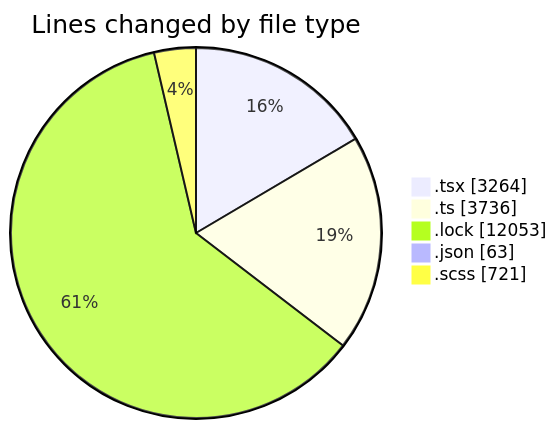
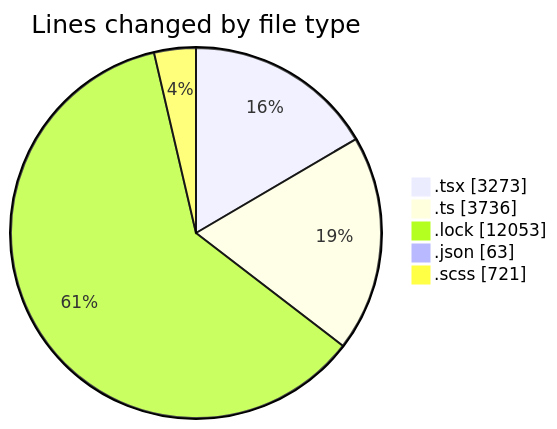
The first of 2 diagrams in 2025-12-03/cda/README.md (momahboobian/code-tracking), drawn with Mermaid before and after one commit. The commit also changed other lines of this file and 1 other file, not shown here.

````diff
--- a/2025-12-03/cda/README.md
+++ b/2025-12-03/cda/README.md
@@ -32,9 +32,9 @@
 ```mermaid
 pie showData
 title Lines changed by file type
-".tsx" : 3264
+".tsx" : 3273
 ".ts" : 3736
 ".lock" : 12053
 ".json" : 63
 ".scss" : 721
 ```
````
